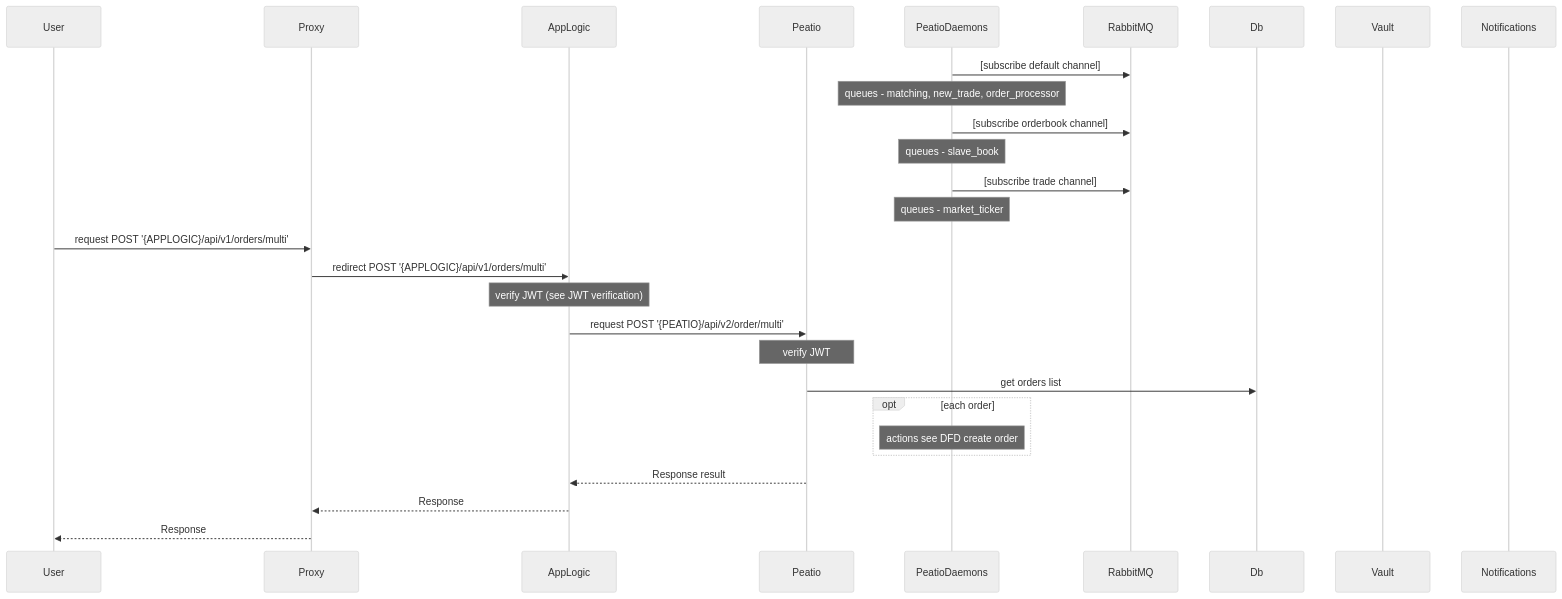
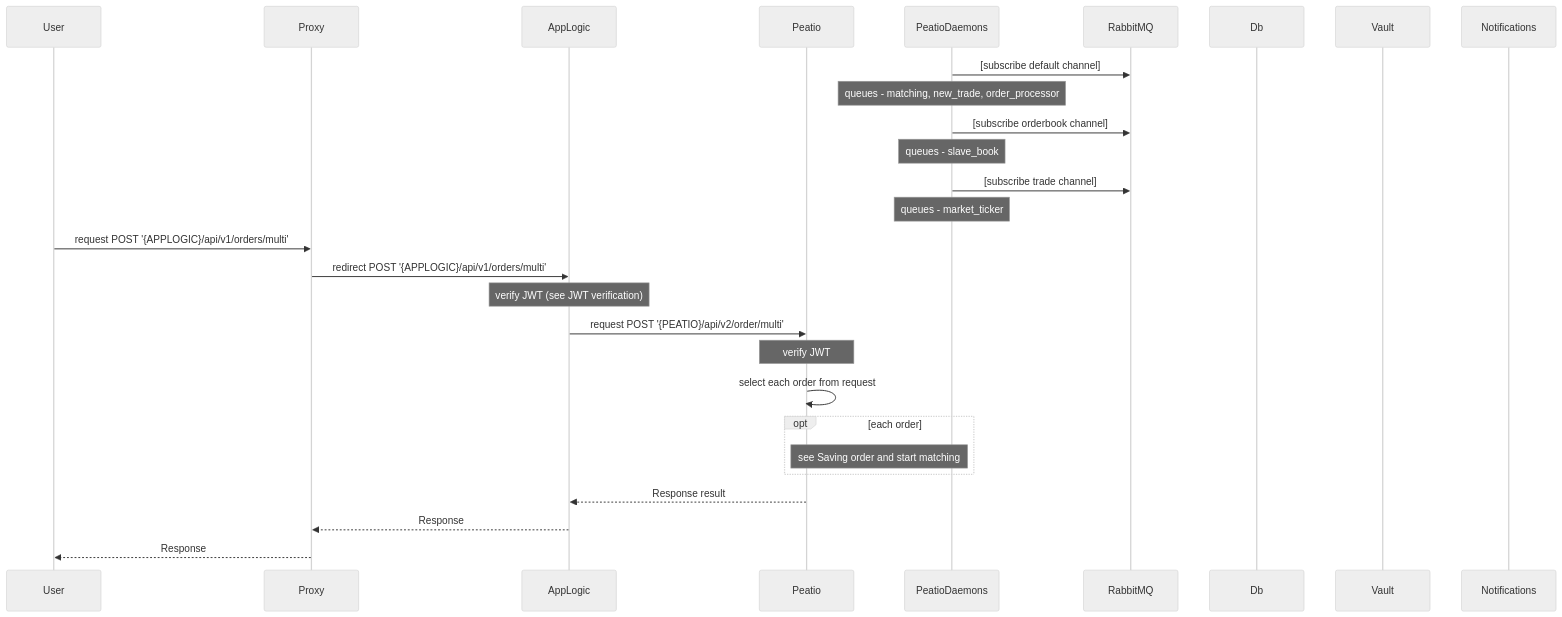
Before and after one commit to sergii-savchenko/rkcp_arch: the seventh of 31 diagrams in README.md, drawn with Mermaid (neutral theme). The commit also changed other lines of this file and 2 other files, not shown here.

````diff
--- a/README.md
+++ b/README.md
@@ -247,34 +262,34 @@
 ```mermaid
 sequenceDiagram
     participant User
     participant Proxy
     participant AppLogic
     participant Peatio
     participant PeatioDaemons
     participant RabbitMQ
     participant Db
     participant Vault
     participant Notifications
 
     PeatioDaemons->>RabbitMQ: [subscribe default channel]
     Note over PeatioDaemons: queues - matching, new_trade, order_processor
     PeatioDaemons->>RabbitMQ: [subscribe orderbook channel]
     Note over PeatioDaemons: queues - slave_book
     PeatioDaemons->>RabbitMQ: [subscribe trade channel]
     Note over PeatioDaemons: queues - market_ticker
 
     User->>Proxy: request POST '{APPLOGIC}/api/v1/orders/multi'
     Proxy->>AppLogic: redirect POST '{APPLOGIC}/api/v1/orders/multi'
     Note over AppLogic: verify JWT (see JWT verification)
     AppLogic->>Peatio: request POST '{PEATIO}/api/v2/order/multi'
     Note over Peatio: verify JWT
-    Peatio->>Db: get orders list
+    Peatio->>Peatio: select each order from request
     opt each order
-        Note over PeatioDaemons: actions see DFD create order
+        Note over Peatio, PeatioDaemons: see Saving order and start matching
     end
 
     Peatio-->>AppLogic: Response result
 
     AppLogic-->>Proxy: Response
     Proxy-->>User: Response
 ```
````
